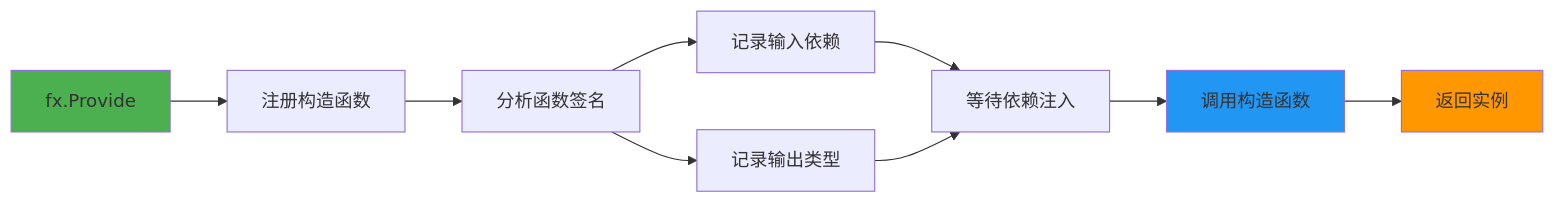
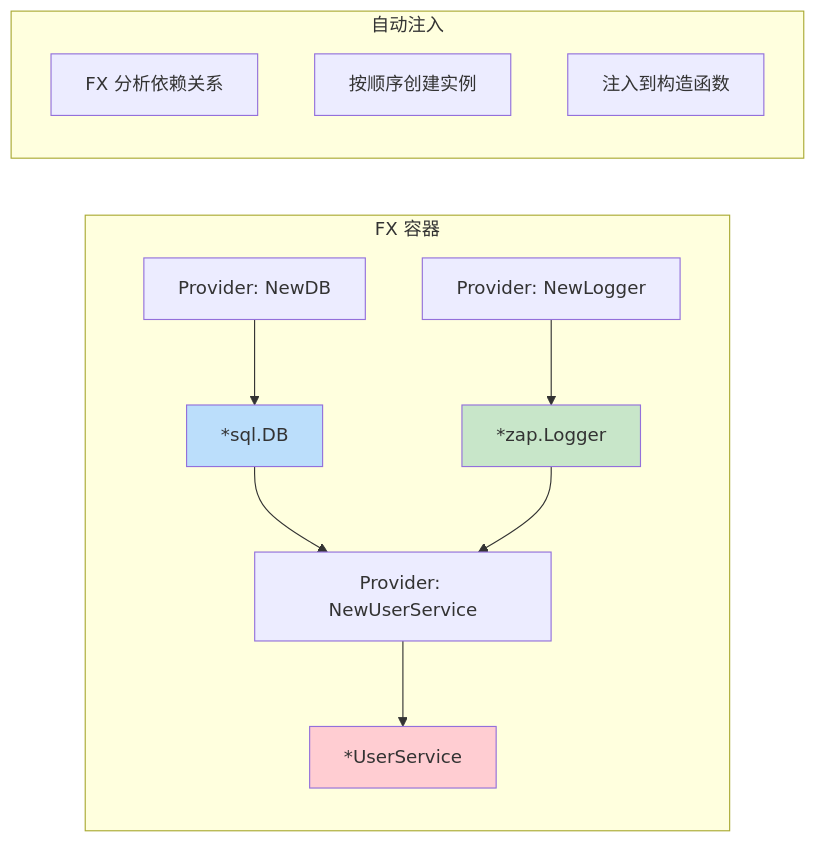
One commit to bisenliu/go-micro-scaffold changed the second of 5 diagrams in FX_FRAMEWORK_GUIDE.md. Above: the diagram before and after it, drawn with Mermaid. The commit also changed other lines of this file, not shown here.

````diff
--- a/FX_FRAMEWORK_GUIDE.md
+++ b/FX_FRAMEWORK_GUIDE.md
@@ -211,15 +77,21 @@
 ```mermaid
-flowchart LR
-    A[fx.Provide] --> B[注册构造函数]
-    B --> C[分析函数签名]
-    C --> D[记录输入依赖]
-    C --> E[记录输出类型]
-    D --> F[等待依赖注入]
-    E --> F
-    F --> G[调用构造函数]
-    G --> H[返回实例]
+graph LR
+    subgraph "FX 容器"
+        A[Provider: NewDB] --> D[*sql.DB]
+        B[Provider: NewLogger] --> E[*zap.Logger]
+        C[Provider: NewUserService] --> F[*UserService]
+    end
     
-    style A fill:#4caf50
-    style G fill:#2196f3
-    style H fill:#ff9800
+    D --> C
+    E --> C
+    
+    subgraph "自动注入"
+        G[FX 分析依赖关系]
+        H[按顺序创建实例]
+        I[注入到构造函数]
+    end
+    
+    style D fill:#bbdefb
+    style E fill:#c8e6c9
+    style F fill:#ffcdd2
 ```
````
